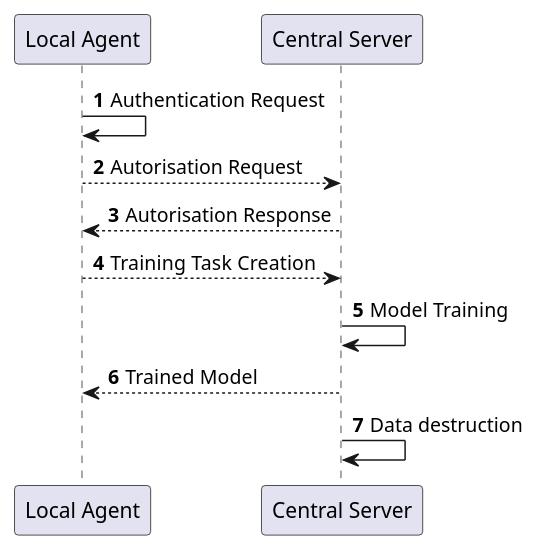
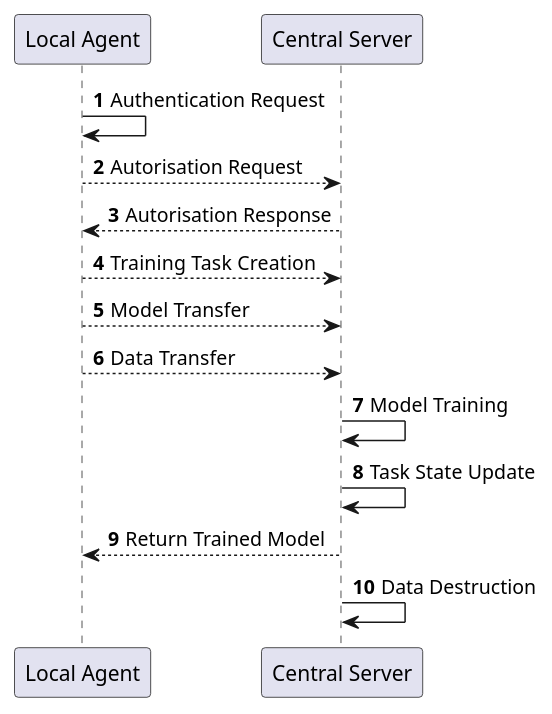
Before and after one commit to Smartappli/AIMER: the diagram in UML/FL - Case 1 - Agent to Central Server.puml, drawn with PlantUML.

```diff
--- a/UML/FL - Case 1 - Agent to Central Server.puml
+++ b/UML/FL - Case 1 - Agent to Central Server.puml
@@ -1,13 +1,16 @@
 @startuml
 'https://plantuml.com/sequence-diagram
 
 autonumber
 
 "Local Agent" -> "Local Agent": Authentication Request
 "Local Agent" --> "Central Server": Autorisation Request
 "Central Server" ---> "Local Agent": Autorisation Response
 "Local Agent" ---> "Central Server": Training Task Creation
+"Local Agent" ---> "Central Server": Model Transfer
+"Local Agent" ---> "Central Server": Data Transfer
 "Central Server" -> "Central Server": Model Training
-"Central Server" ---> "Local Agent": Trained Model
-"Central Server" -> "Central Server": Data destruction
+"Central Server" -> "Central Server": Task State Update
+"Central Server" ---> "Local Agent": Return Trained Model
+"Central Server" -> "Central Server": Data Destruction
 @enduml
```
